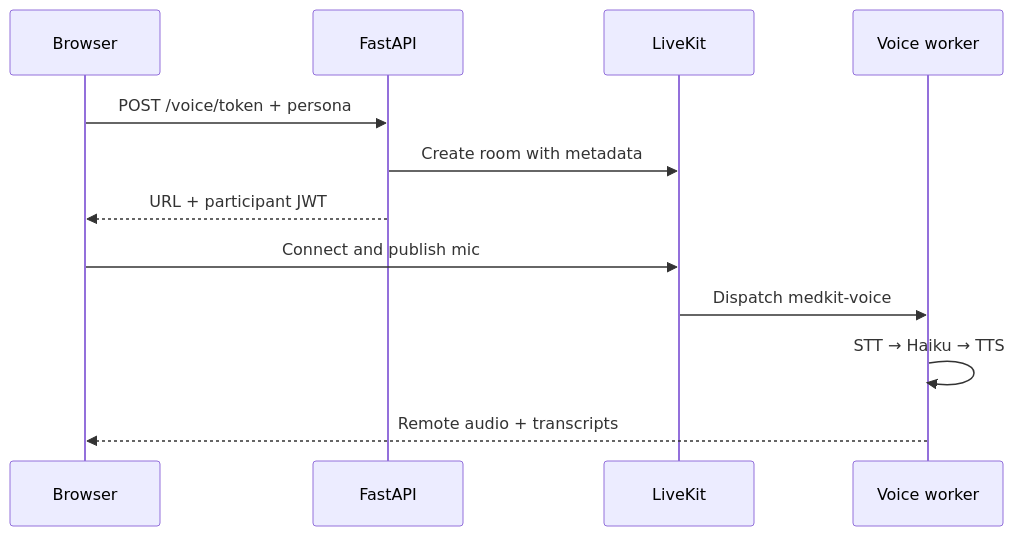
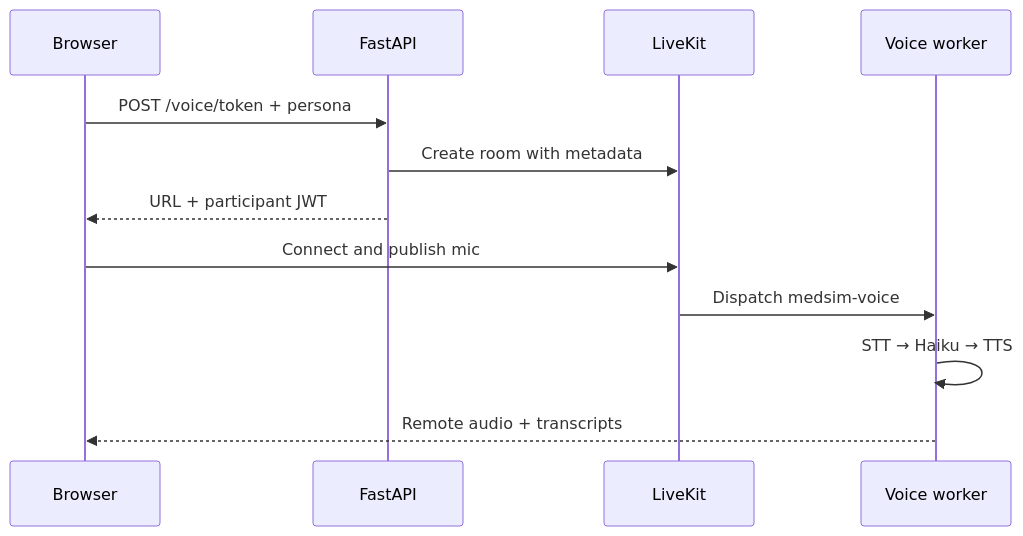
One commit to bahaaalhaj/MedSimApp changed the second of 2 diagrams in docs/codex-analysis/DATA_FLOW.md. Above: the diagram before and after it, drawn with Mermaid. The commit also changed 58 other files, not shown here.

````diff
--- a/docs/codex-analysis/DATA_FLOW.md
+++ b/docs/codex-analysis/DATA_FLOW.md
@@ -26,14 +26,14 @@
 ```mermaid
 sequenceDiagram
     participant UI as Browser
     participant API as FastAPI
     participant LK as LiveKit
     participant W as Voice worker
     UI->>API: POST /voice/token + persona
     API->>LK: Create room with metadata
     API-->>UI: URL + participant JWT
     UI->>LK: Connect and publish mic
-    LK->>W: Dispatch medkit-voice
+    LK->>W: Dispatch medsim-voice
     W->>W: STT → Haiku → TTS
     W-->>UI: Remote audio + transcripts
 ```
````
